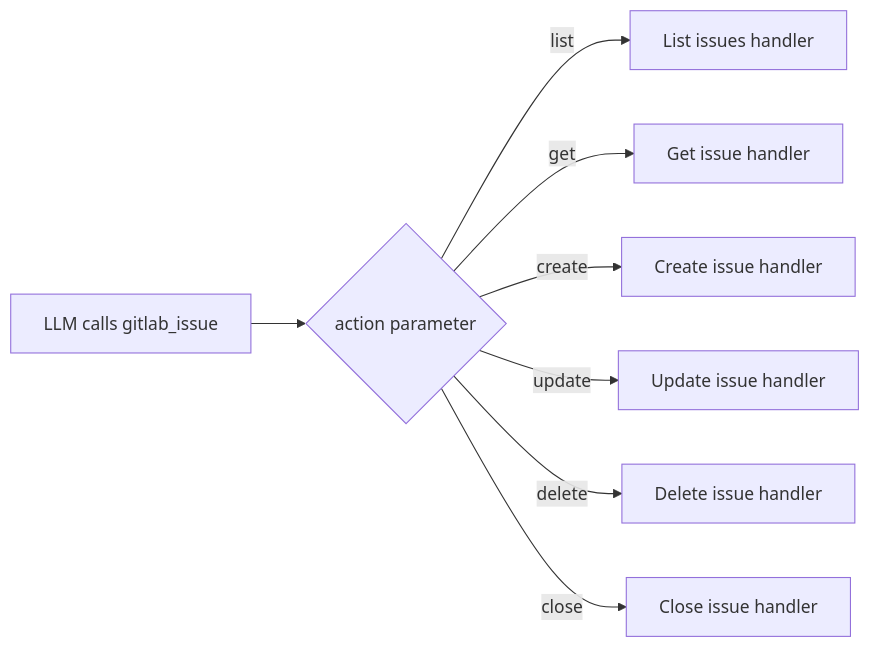
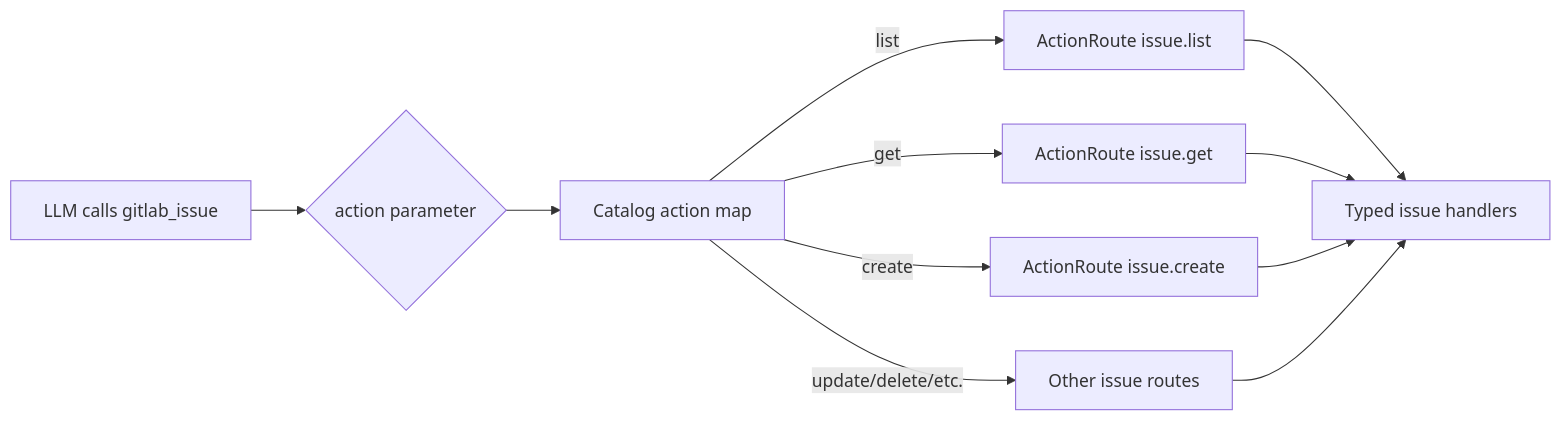
Before and after one commit to jmrplens/gitlab-mcp-server: the diagram in site/src/content/docs/tools/meta-tools.mdx, drawn with Mermaid. The commit also changed other lines of this file and 1137 other files, not shown here.

````diff
--- a/site/src/content/docs/tools/meta-tools.mdx
+++ b/site/src/content/docs/tools/meta-tools.mdx
@@ -32,10 +32,13 @@
 ```mermaid
 flowchart LR
-    A[LLM calls gitlab_issue] --> B{action parameter}
-    B -->|list| C[List issues handler]
-    B -->|get| D[Get issue handler]
-    B -->|create| E[Create issue handler]
-    B -->|update| F[Update issue handler]
-    B -->|delete| G[Delete issue handler]
-    B -->|close| H[Close issue handler]
+	A[LLM calls gitlab_issue] --> B{action parameter}
+	B --> C[Catalog action map]
+	C -->|list| D[ActionRoute issue.list]
+	C -->|get| E[ActionRoute issue.get]
+	C -->|create| F[ActionRoute issue.create]
+	C -->|update/delete/etc.| G[Other issue routes]
+	D --> H[Typed issue handlers]
+	E --> H
+	F --> H
+	G --> H
 ```
````
